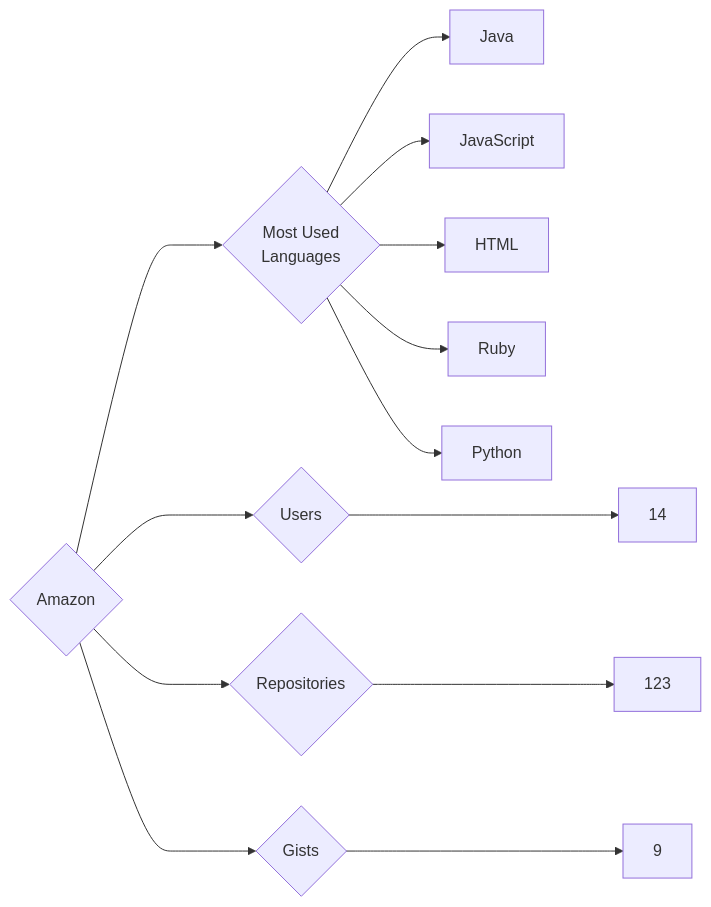
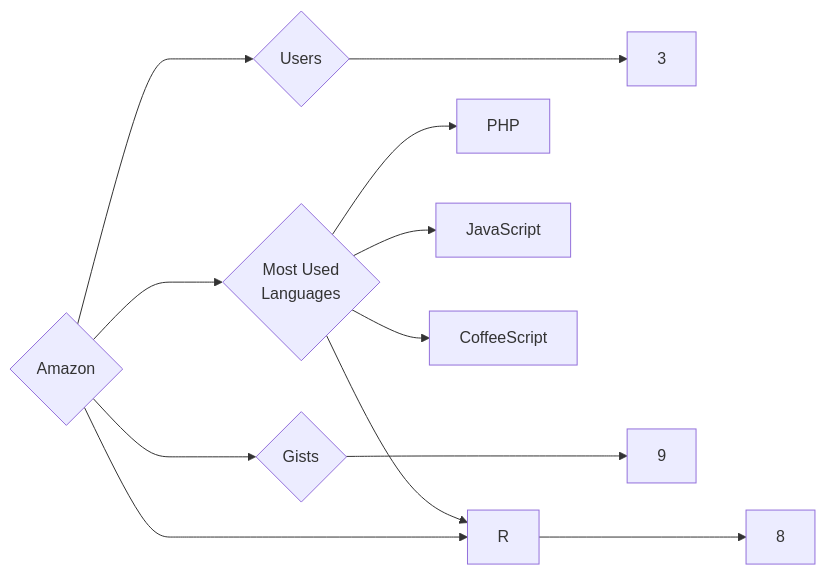
One commit to trickest/insiders changed the diagram in targets/Amazon/README.md. Above: the diagram before and after it, drawn with Mermaid. The commit also changed 1166 other files, not shown here.

````diff
--- a/targets/Amazon/README.md
+++ b/targets/Amazon/README.md
@@ -3,13 +3,12 @@
 ```mermaid
 graph LR
 COMPANY_NAME{Amazon}
-COMPANY_NAME ---> U{Users} ---> UN[14]
-COMPANY_NAME ---> R{Repositories} ---> RN[123]
+COMPANY_NAME ---> U{Users} ---> UN[3]
+COMPANY_NAME ---> R{Repositories} ---> RN[8]
 COMPANY_NAME ---> G{Gists} ---> GN[9]
 COMPANY_NAME ---> ML{Most Used<br>Languages}
-ML --> Java[Java]
+ML --> PHP[PHP]
+ML --> R[R]
 ML --> JavaScript[JavaScript]
-ML --> HTML[HTML]
-ML --> Ruby[Ruby]
-ML --> Python[Python]
+ML --> CoffeeScript[CoffeeScript]
 ```
````
